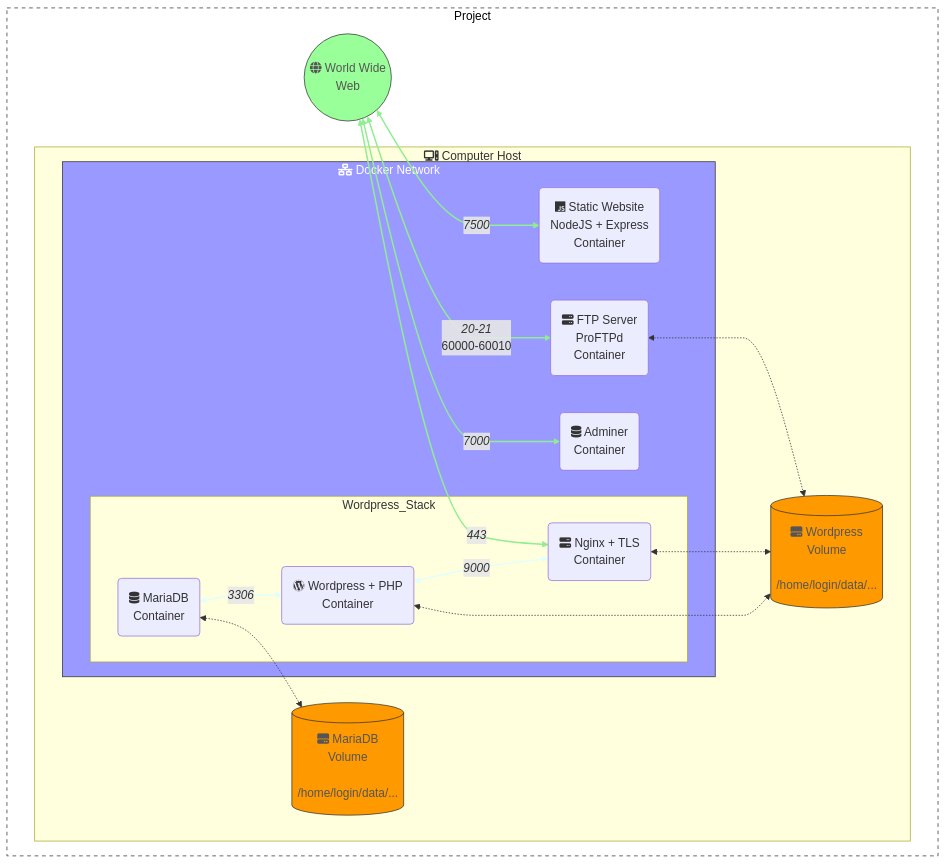
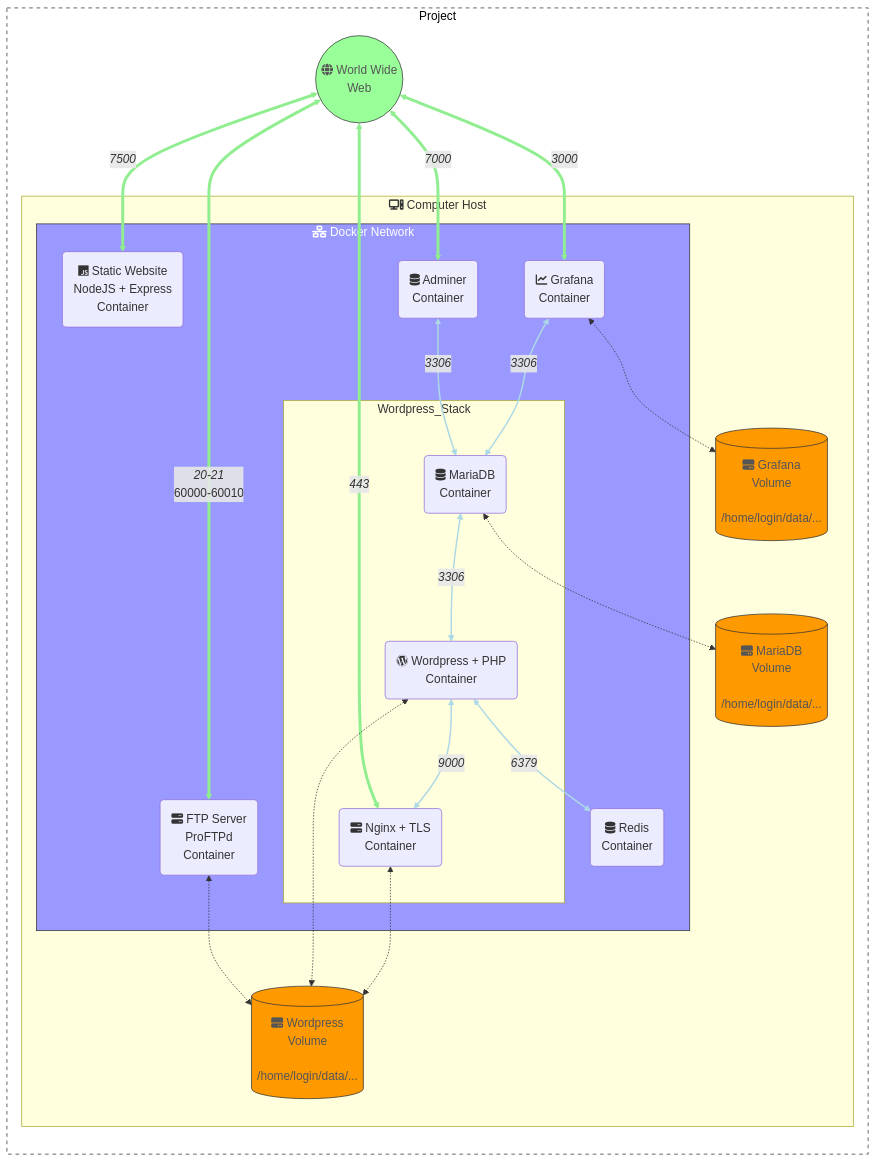
The fourth of 4 diagrams in Projects/Inception/README.md (Tablerase/42_Projects), drawn with Mermaid before and after one commit. The commit also changed other lines of this file, not shown here.

Commit message:
docs: info about grafana

````diff
--- a/Projects/Inception/README.md
+++ b/Projects/Inception/README.md
@@ -238,58 +240,66 @@
 ```mermaid
-%%{ init: { 'flowchart': { 'curve': 'monotoneX' } } }%%
+%%{ init: { 'flowchart': { 'curve': 'basis' } } }%%
 graph
   direction TB
   classDef black fill:#000,stroke:#333,stroke-width:1px;
   classDef white fill:#fff,color:#555,stroke:#333,stroke-width:1px;
   classDef white_border fill:#fff,color:#000,stroke:#333,stroke-width:1px, stroke-dasharray: 5, 5;
   classDef green fill:#0f0,color:#555,stroke:#333,stroke-width:1px;
   classDef lightblue fill:#99f,color:#fff,stroke:#333,stroke-width:1px;
   classDef lightgreen fill:#9f9,color:#555,stroke:#333,stroke-width:1px;
   classDef lightred fill:#f99,color:#555,stroke:#333,stroke-width:1px;
   classDef lightyellow fill:#ff9,color:#555,stroke:#333,stroke-width:1px;
   classDef lightorange fill:#f90,color:#555,stroke:#333,stroke-width:1px;
   classDef lightpurple fill:#f0f,color:#555,stroke:#333,stroke-width:1px;
   classDef lightcyan fill:#9ff,color:#555,stroke:#333,stroke-width:1px;
   classDef lightpink fill:#f9f,color:#555,stroke:#333,stroke-width:1px;
   classDef lightbrown fill:#963,color:#555,stroke:#333,stroke-width:1px;
   classDef lightgrey fill:#999,color:#555,stroke:#333,stroke-width:1px;
   classDef lightblack fill:#000,stroke:#333,stroke-width:1px;
   classDef lightwhite fill:#fff,color:#555,stroke:#333,stroke-width:1px;
 
   Project:::white_border
   subgraph Project
-    direction LR
+    direction TB
     WorldWideWeb <-->|"`*443*`"| Nginx
     WorldWideWeb((fa:fa-globe World Wide\nWeb)):::lightgreen
     WorldWideWeb <-->|"`*7500*`"| Static_Website
     WorldWideWeb <-->|"`*20-21*
     60000-60010`"| FTP_Server
     WorldWideWeb <-->|"`*7000*`"| Adminer
+    WorldWideWeb <-->|"`*3000*`"| Grafana
 
     subgraph Computer_Host["fas:fa-computer Computer Host"]
       Docker_Network:::lightblue
 
       subgraph Docker_Network["fas:fa-network-wired Docker Network"]
         subgraph Wordpress_Stack
           MariaDB("fa:fa-database MariaDB\nContainer")
           Wordpress("fab:fa-wordpress Wordpress + PHP\nContainer")
           Nginx("fa:fa-server Nginx + TLS\nContainer")
           MariaDB <-->|"`*3306*`"| Wordpress <-->|"`*9000*`"| Nginx
         end
         Static_Website("fab:fa-js Static Website\nNodeJS + Express\nContainer")
         FTP_Server("fa:fa-server FTP Server\nProFTPd\nContainer")
         Adminer("fa:fa-database Adminer\nContainer")
+        Adminer <-->|"`*3306*`"| MariaDB
+        Redis("fa:fa-database Redis\nContainer")
+        Wordpress <-->|"`*6379*`"| Redis
+        Grafana("fa:fa-chart-line Grafana\nContainer")
+        Grafana <-->|"`*3306*`"| MariaDB
       end
 
     Volume_MariaDB[("fas:fa-hdd MariaDB\nVolume\n\n/home/login/data/...")]:::lightorange
     Volume_Wordpress[("fas:fa-hdd Wordpress\nVolume\n\n/home/login/data/...")]:::lightorange
+    Volume_Grafana[("fas:fa-hdd Grafana\nVolume\n\n/home/login/data/...")]:::lightorange
     MariaDB <-.-> Volume_MariaDB
+    FTP_Server <-.-> Volume_Wordpress
     Wordpress <-.-> Volume_Wordpress
     Nginx <-.-> Volume_Wordpress
-    FTP_Server <-.-> Volume_Wordpress
+    Grafana <-.-> Volume_Grafana
     end
   end
 
-  linkStyle 0,1,2,3 stroke:lightgreen,stroke-width:2px;
-  linkStyle 4,5 stroke:lightcyan,stroke-width:2px;
+  linkStyle 0,1,2,3,4 stroke:lightgreen,stroke-width:4px;
+  linkStyle 5,6,7,8,9 stroke:lightblue,stroke-width:2px;
 ```
````
